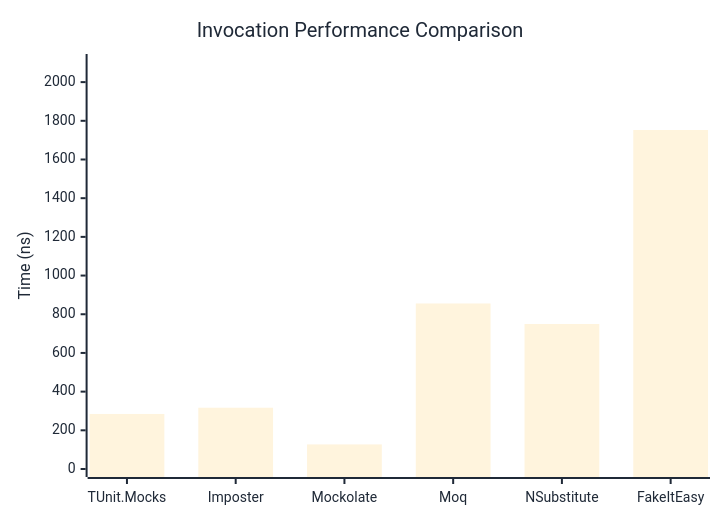
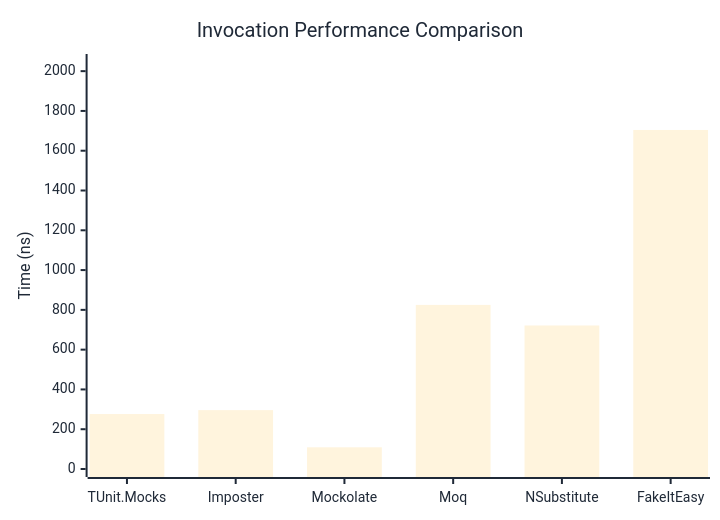
One commit to thomhurst/TUnit changed the first of 3 diagrams in docs/docs/benchmarks/mocks/Invocation.md. Above: the diagram before and after it, drawn with Mermaid. The commit also changed other lines of this file and 14 other files, not shown here.

````diff
--- a/docs/docs/benchmarks/mocks/Invocation.md
+++ b/docs/docs/benchmarks/mocks/Invocation.md
@@ -30,27 +30,27 @@
 ```mermaid
 %%{init: {
   'theme':'base',
   'themeVariables': {
     'primaryColor': '#2563eb',
     'primaryTextColor': '#1f2937',
     'primaryBorderColor': '#1e40af',
     'lineColor': '#6b7280',
     'secondaryColor': '#7c3aed',
     'tertiaryColor': '#dc2626',
     'background': '#ffffff',
     'pie1': '#2563eb',
     'pie2': '#7c3aed',
     'pie3': '#dc2626',
     'pie4': '#f59e0b',
     'pie5': '#10b981',
     'pie6': '#06b6d4',
     'pie7': '#ec4899',
     'pie8': '#6366f1'
   }
 }}%%
 xychart-beta
   title "Invocation Performance Comparison"
   x-axis ["TUnit.Mocks", "Imposter", "Mockolate", "Moq", "NSubstitute", "FakeItEasy"]
-  y-axis "Time (ns)" 0 --> 2104
-  bar [284.57, 316.76, 127.13, 855.61, 749.47, 1752.54]
+  y-axis "Time (ns)" 0 --> 2046
+  bar [276.24, 295.94, 109.1, 824.98, 721.45, 1704.39]
 ```
````
